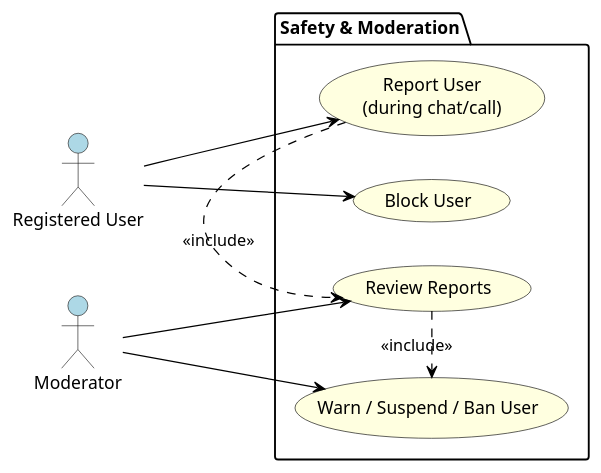
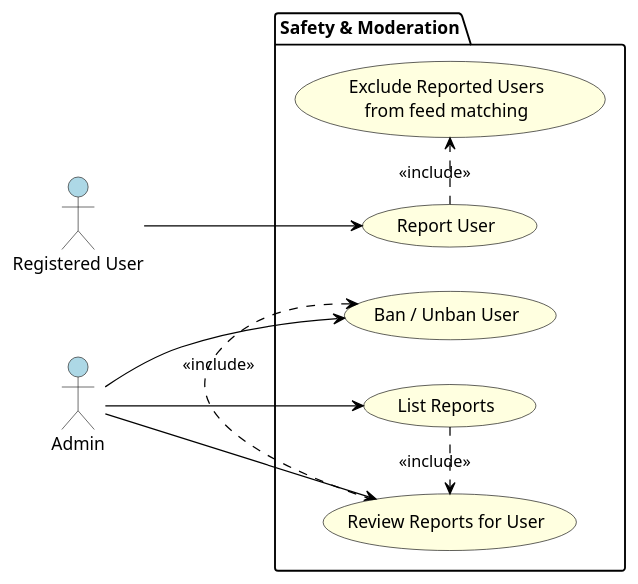
One commit to Bernat00/Vidate changed the diagram in docs/usecase5.puml. Above: the diagram before and after it, drawn with PlantUML. The commit also changed 9 other files, not shown here.

```diff
--- a/docs/usecase5.puml
+++ b/docs/usecase5.puml
@@ -1,32 +1,33 @@
 @startuml
 left to right direction
 skinparam usecase {
   BorderColor Black
   BackgroundColor LightYellow
   ArrowColor Black
 }
 skinparam actor {
   BackgroundColor LightBlue
 }
 
 /' Actors '/
 actor "Registered User" as User
-actor "Moderator" as Moderator
+actor "Admin" as Admin
 
 /' Layer 5: Safety & Moderation '/
 package "Safety & Moderation" {
-  usecase "Report User\n(during chat/call)" as UC_Report
-  usecase "Block User" as UC_Block
-  usecase "Review Reports" as UC_ReviewReports
-  usecase "Warn / Suspend / Ban User" as UC_ModerationActions
+  usecase "Report User" as UC_Report
+  usecase "Exclude Reported Users\nfrom feed matching" as UC_Exclude
+  usecase "List Reports" as UC_ListReports
+  usecase "Review Reports for User" as UC_ReviewUserReports
+  usecase "Ban / Unban User" as UC_BanToggle
 
-  UC_Report .> UC_ReviewReports : <<include>>
-  UC_ReviewReports .> UC_ModerationActions : <<include>>
+  UC_Report .> UC_Exclude : <<include>>
+  UC_ListReports .> UC_ReviewUserReports : <<include>>
+  UC_ReviewUserReports .> UC_BanToggle : <<include>>
 }
 
 User --> UC_Report
-User --> UC_Block
-
-Moderator --> UC_ReviewReports
-Moderator --> UC_ModerationActions
+Admin --> UC_ListReports
+Admin --> UC_ReviewUserReports
+Admin --> UC_BanToggle
 @enduml
```
